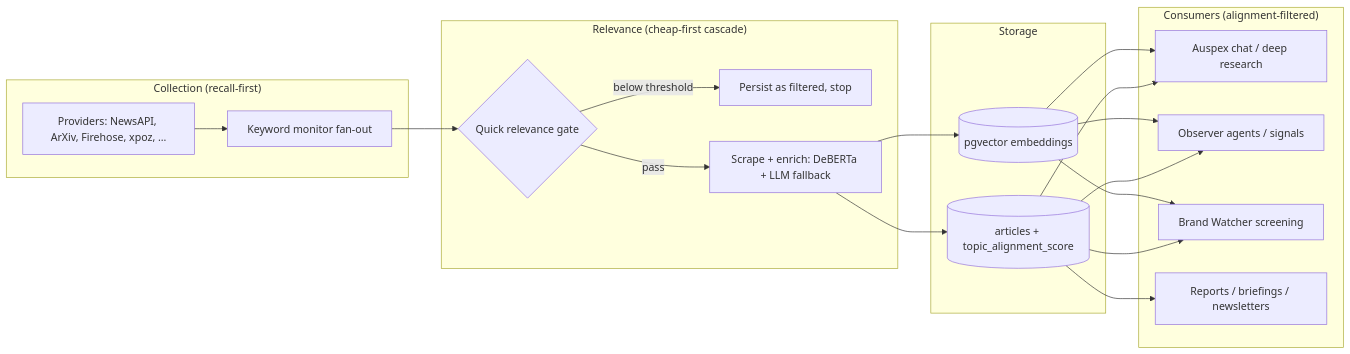
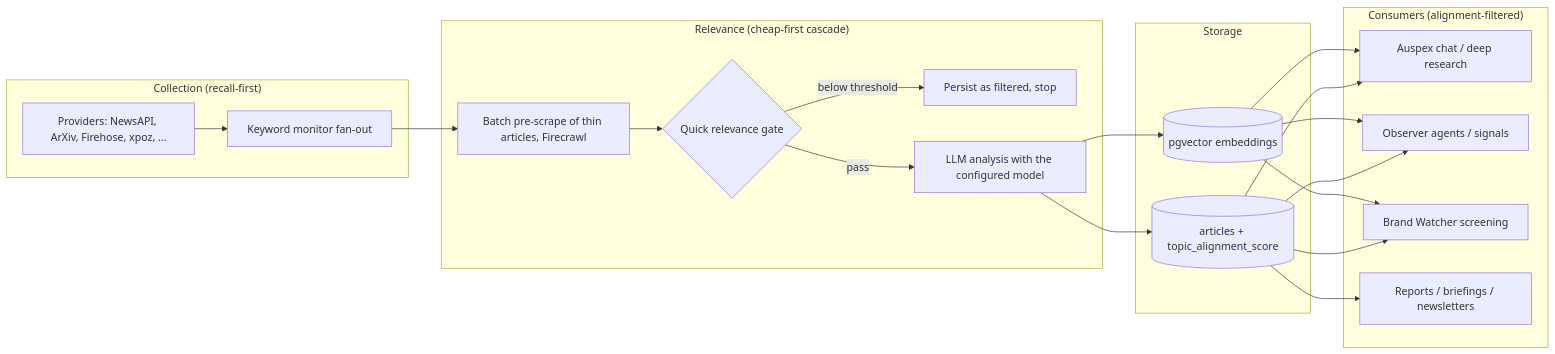
Before and after one commit to AuNooAI/AunooAI: the first of 23 diagrams in docs/AI_DESIGN_PATTERNS.md, drawn with Mermaid. The commit also changed other lines of this file and 8 other files, not shown here.

````diff
--- a/docs/AI_DESIGN_PATTERNS.md
+++ b/docs/AI_DESIGN_PATTERNS.md
@@ -78,24 +78,25 @@
 ```mermaid
 flowchart LR
     subgraph Collect["Collection (recall-first)"]
         P[Providers: NewsAPI, ArXiv, Firehose, xpoz, ...] --> KM[Keyword monitor fan-out]
     end
     subgraph Score["Relevance (cheap-first cascade)"]
-        KM --> QG{Quick relevance gate}
+        KM --> PS[Batch pre-scrape of thin articles, Firecrawl]
+        PS --> QG{Quick relevance gate}
         QG -- below threshold --> DROP[Persist as filtered, stop]
-        QG -- pass --> ENR[Scrape + enrich: DeBERTa + LLM fallback]
+        QG -- pass --> ENR[LLM analysis with the configured model]
     end
     subgraph Store["Storage"]
         ENR --> DB[(articles + topic_alignment_score)]
         ENR --> VEC[(pgvector embeddings)]
     end
     subgraph Consume["Consumers (alignment-filtered)"]
         DB --> AUS[Auspex chat / deep research]
         DB --> OBS[Observer agents / signals]
         DB --> BW[Brand Watcher screening]
         DB --> RPT[Reports / briefings / newsletters]
         VEC --> AUS
         VEC --> OBS
         VEC --> BW
     end
 ```
````
